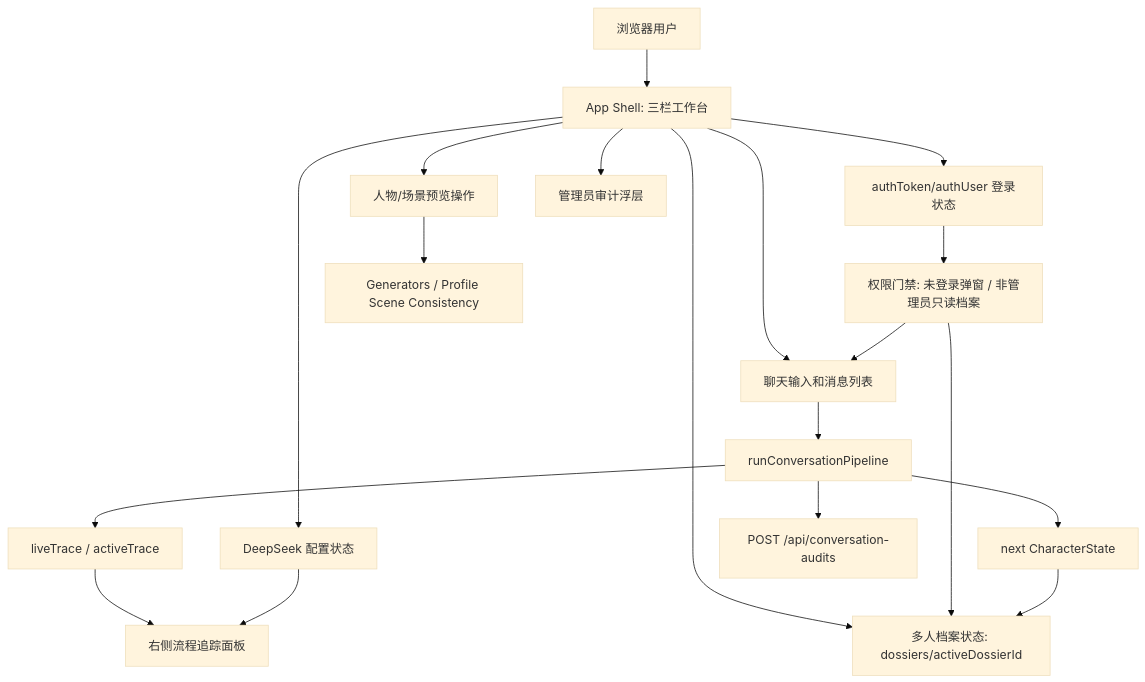
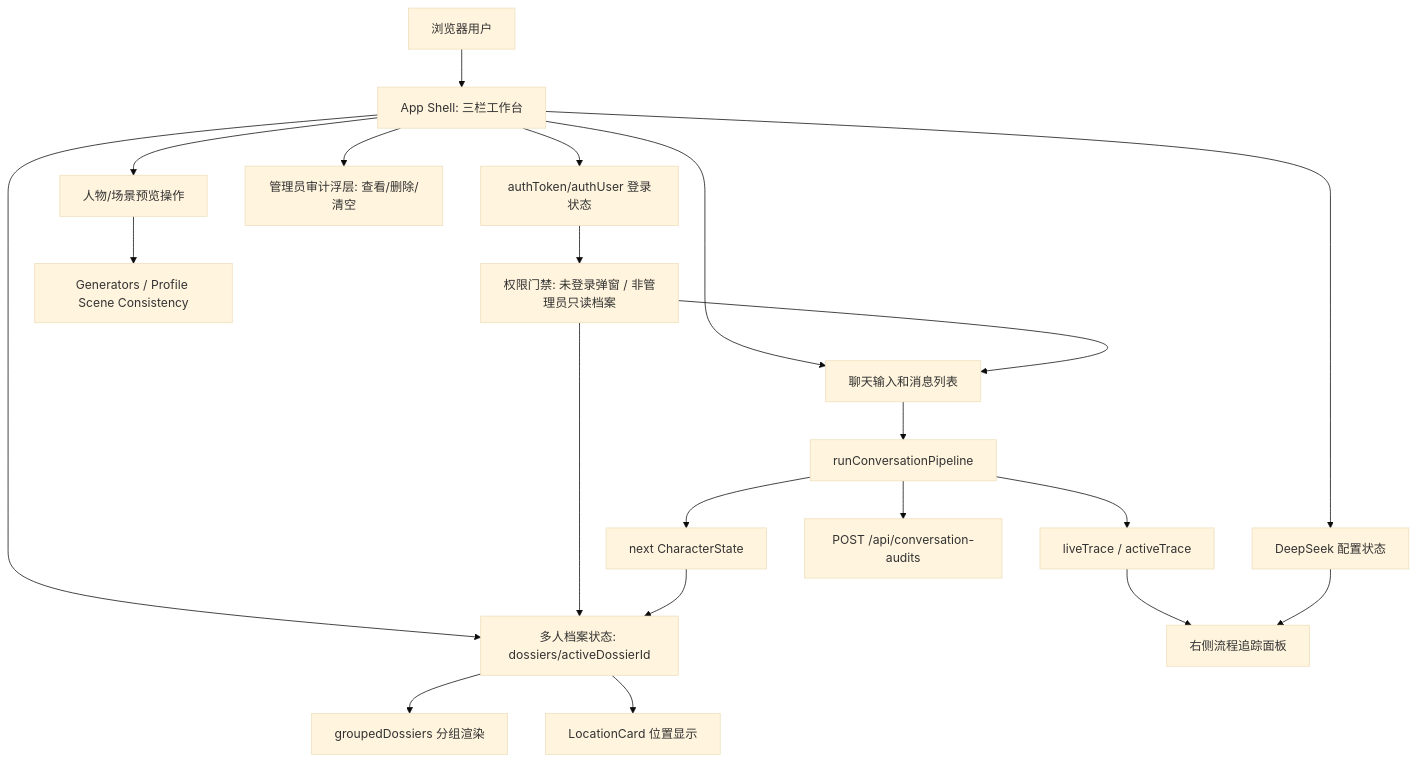
Diagram 11 of 30 in docs/SYSTEM_FLOW.md (ttmanthatman/virtual-human-flow), drawn with Mermaid (base theme) before and after one commit. The commit also changed other lines of this file and 13 other files, not shown here.

Commit message:
Add grouped persona dossiers with locations

````diff
--- a/docs/SYSTEM_FLOW.md
+++ b/docs/SYSTEM_FLOW.md
@@ -256,21 +265,23 @@
 ```mermaid
 flowchart TD
     U["浏览器用户"] --> UI["App Shell: 三栏工作台"]
     UI --> AUTH["authToken/authUser 登录状态"]
     UI --> DOS["多人档案状态: dossiers/activeDossierId"]
+    DOS --> GROUPS["groupedDossiers 分组渲染"]
+    DOS --> LOCUI["LocationCard 位置显示"]
     UI --> CFG["DeepSeek 配置状态"]
     UI --> CHAT["聊天输入和消息列表"]
     AUTH --> GATE["权限门禁: 未登录弹窗 / 非管理员只读档案"]
     GATE --> CHAT
     GATE --> DOS
     CHAT --> PIPE["runConversationPipeline"]
     PIPE --> TRACE["liveTrace / activeTrace"]
     PIPE --> STATE["next CharacterState"]
     STATE --> DOS
     PIPE --> AUDIT["POST /api/conversation-audits"]
     TRACE --> PANEL["右侧流程追踪面板"]
     CFG --> PANEL
     UI --> PREVIEW["人物/场景预览操作"]
     PREVIEW --> GEN["Generators / Profile Scene Consistency"]
-    UI --> ADMIN["管理员审计浮层"]
+    UI --> ADMIN["管理员审计浮层: 查看/删除/清空"]
 ```
````
